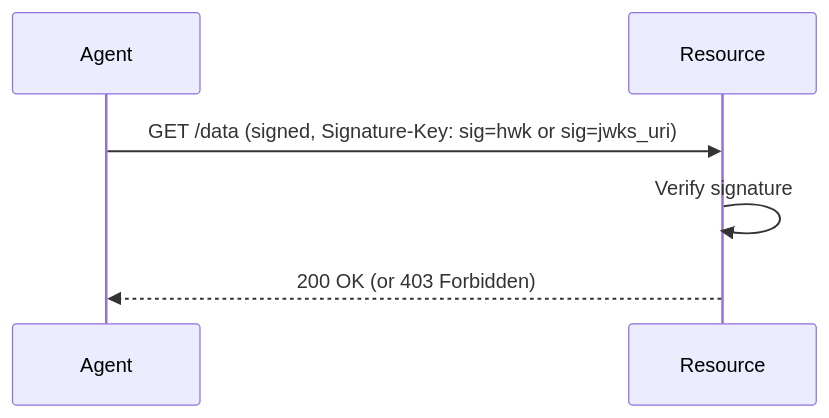
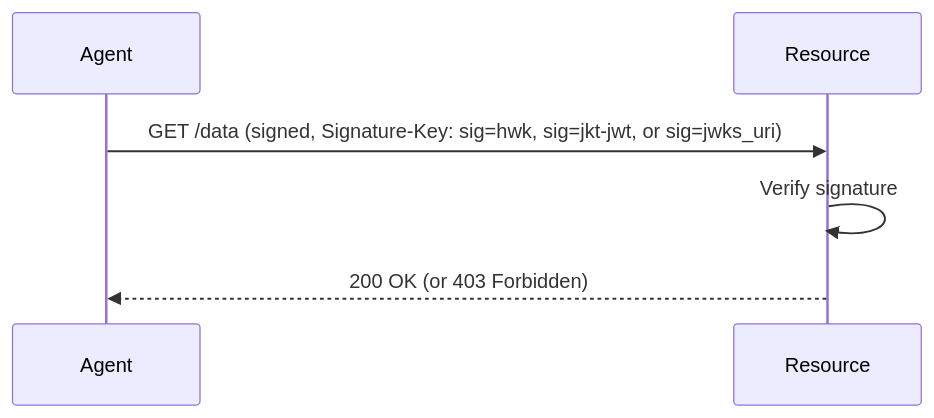
The diagram in docs/workflows/identity-based-access.md (aauth-dev/dotnet-samples), drawn with Mermaid before and after one commit. The commit also changed other lines of this file and 12 other files, not shown here.

First line of the commit message:
docs: add glossary, jkt-jwt spec-conformance research, and accuracy fixes

````diff
--- a/docs/workflows/identity-based-access.md
+++ b/docs/workflows/identity-based-access.md
@@ -11,8 +11,8 @@
 ```mermaid
 sequenceDiagram
     participant Agent
     participant Resource
-    Agent->>Resource: GET /data (signed, Signature-Key: sig=hwk or sig=jwks_uri)
+    Agent->>Resource: GET /data (signed, Signature-Key: sig=hwk, sig=jkt-jwt, or sig=jwks_uri)
     Resource->>Resource: Verify signature
     Resource-->>Agent: 200 OK (or 403 Forbidden)
 ```
````
